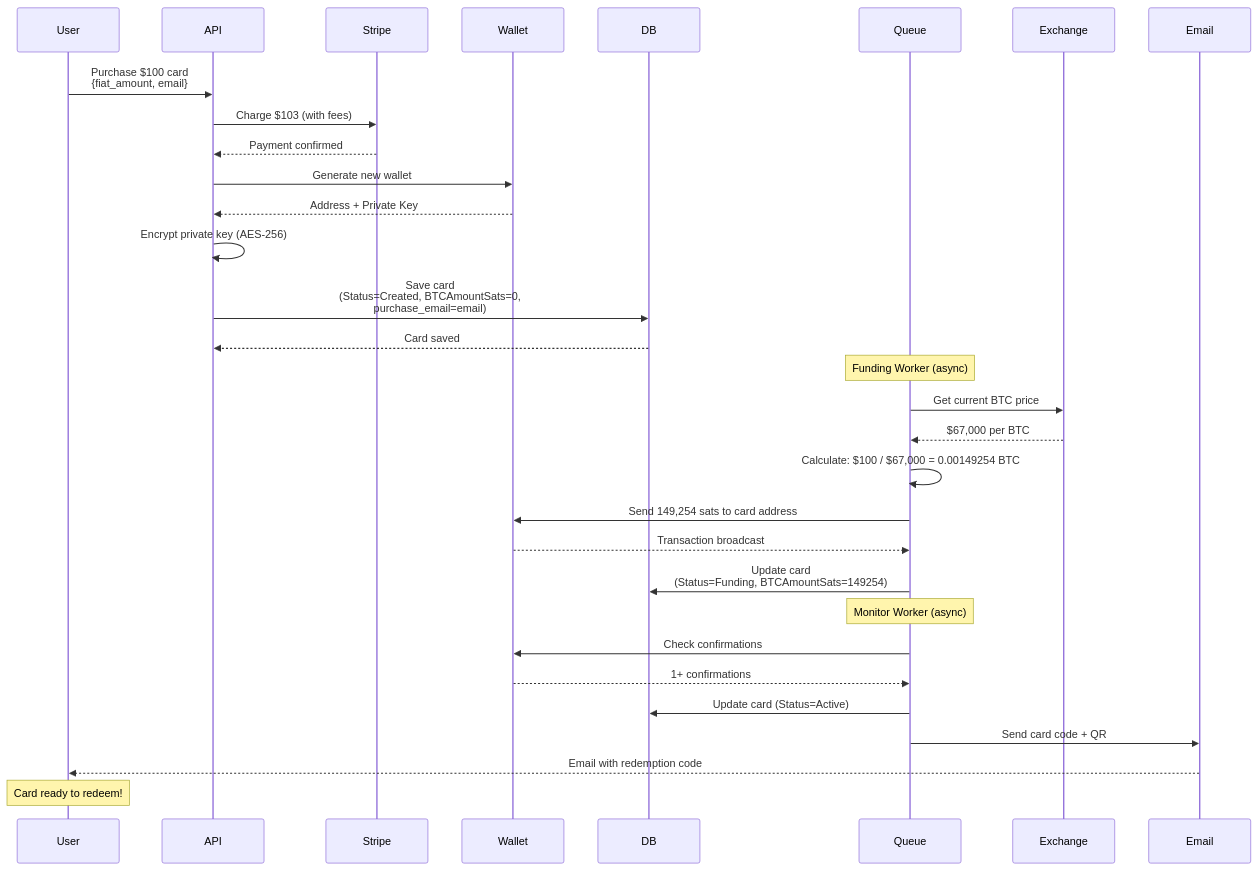
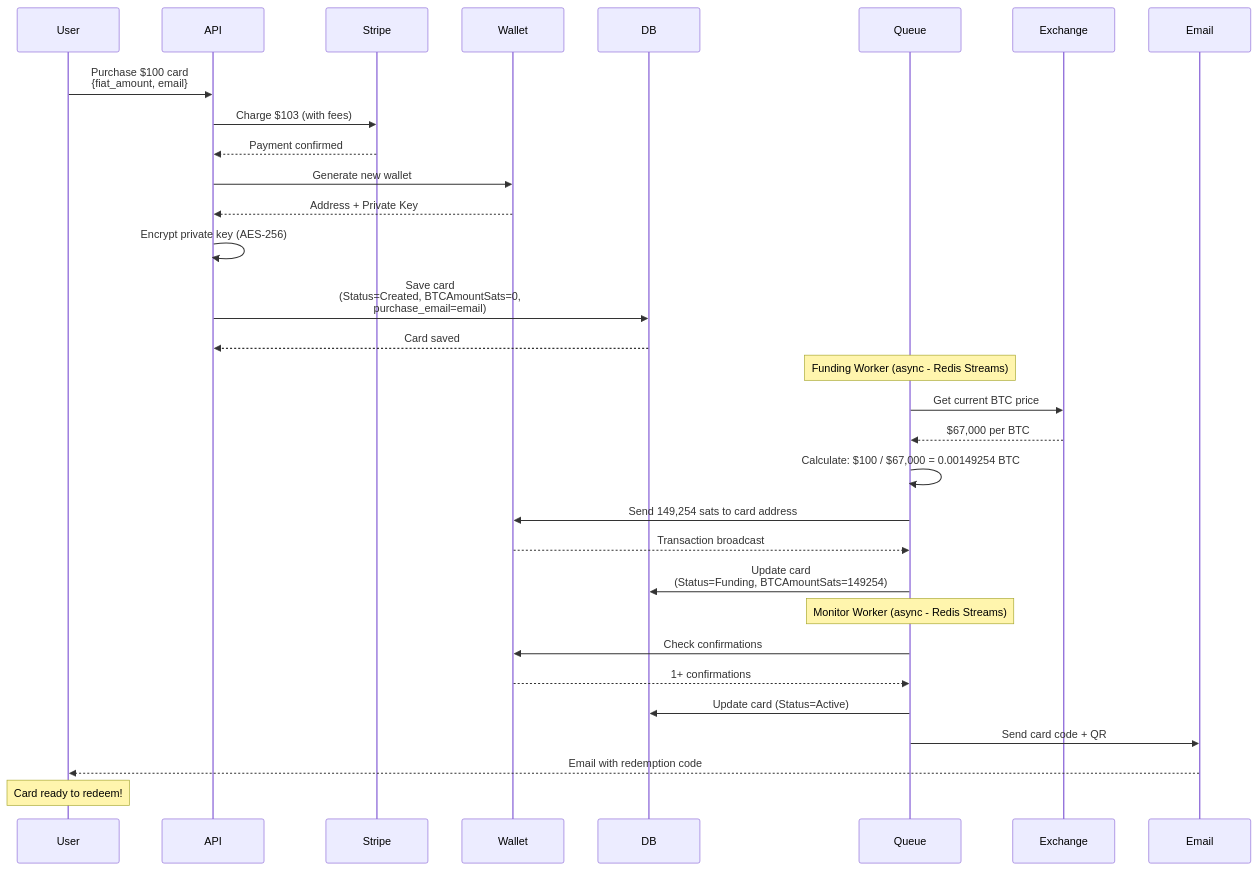
One commit to DanielDucuara2018/btc-giftcard changed the first of 8 diagrams in README.md. Above: the diagram before and after it, drawn with Mermaid. The commit also changed other lines of this file and 8 other files, not shown here.

First line of the commit message:
feat: add Redis Streams queue and exchange price providers

````diff
--- a/README.md
+++ b/README.md
@@ -38,39 +38,39 @@
 ```mermaid
 sequenceDiagram
     participant User
     participant API
     participant Stripe
     participant Wallet
     participant DB
     participant Queue
     participant Exchange
     participant Email
 
     User->>API: Purchase $100 card<br/>{fiat_amount, email}
     API->>Stripe: Charge $103 (with fees)
     Stripe-->>API: Payment confirmed
 
     API->>Wallet: Generate new wallet
     Wallet-->>API: Address + Private Key
 
     API->>API: Encrypt private key (AES-256)
     API->>DB: Save card<br/>(Status=Created, BTCAmountSats=0,<br/>purchase_email=email)
     DB-->>API: Card saved
 
-    Note over Queue: Funding Worker (async)
+    Note over Queue: Funding Worker (async - Redis Streams)
     Queue->>Exchange: Get current BTC price
     Exchange-->>Queue: $67,000 per BTC
     Queue->>Queue: Calculate: $100 / $67,000 = 0.00149254 BTC
     Queue->>Wallet: Send 149,254 sats to card address
     Wallet-->>Queue: Transaction broadcast
     Queue->>DB: Update card<br/>(Status=Funding, BTCAmountSats=149254)
 
-    Note over Queue: Monitor Worker (async)
+    Note over Queue: Monitor Worker (async - Redis Streams)
     Queue->>Wallet: Check confirmations
     Wallet-->>Queue: 1+ confirmations
     Queue->>DB: Update card (Status=Active)
 
     Queue->>Email: Send card code + QR
     Email-->>User: Email with redemption code
     Note over User: Card ready to redeem!
 ```
````
